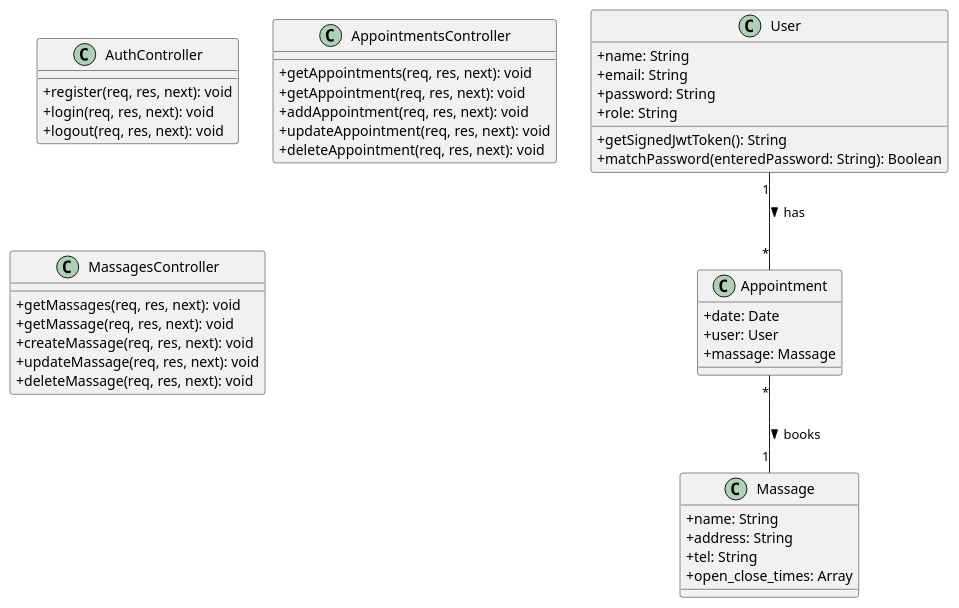
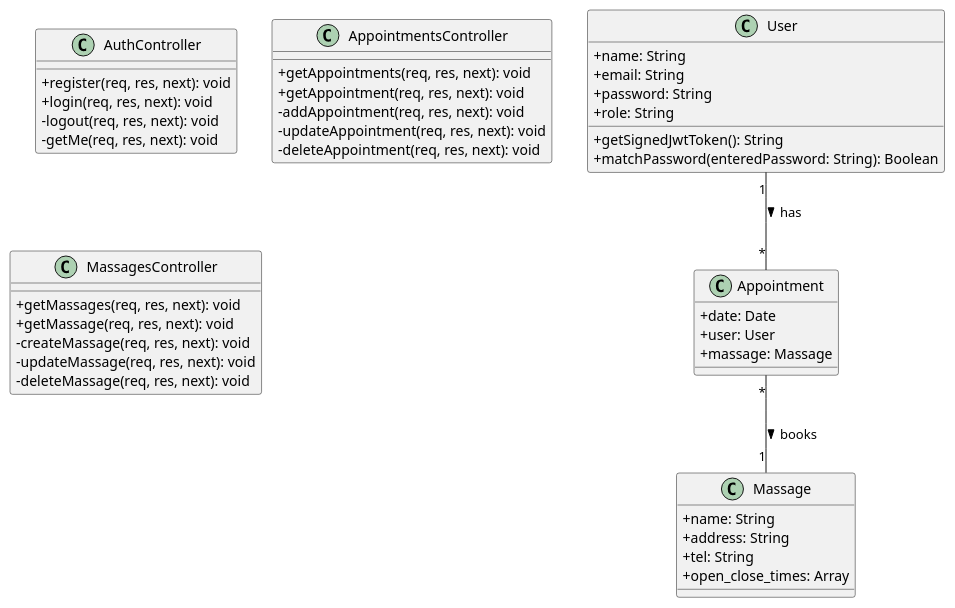
The diagram in classdiagram.puml (2110503TACEDT66/presentation-day-1-samsaomidnight), drawn with PlantUML before and after one commit.

Commit message:
fix classdiagram

```diff
--- a/classdiagram.puml
+++ b/classdiagram.puml
@@ -1,53 +1,54 @@
 @startuml Class Diagram
 
 skinparam packageStyle rectangle
 skinparam classAttributeIconSize 0
 
 class User {
   +name: String
   +email: String
   +password: String
   +role: String
   +getSignedJwtToken(): String
   +matchPassword(enteredPassword: String): Boolean
 }
 
 class Appointment {
   +date: Date
   +user: User
   +massage: Massage
 }
 
 class Massage {
   +name: String
   +address: String
   +tel: String
   +open_close_times: Array
 }
 
 User "1" -- "*" Appointment : has >
 Appointment "*" -- "1" Massage : books >
 
 class AuthController {
   +register(req, res, next): void
   +login(req, res, next): void
-  +logout(req, res, next): void
+  -logout(req, res, next): void
+  -getMe(req, res, next): void
 }
 
 class AppointmentsController {
   +getAppointments(req, res, next): void
   +getAppointment(req, res, next): void
-  +addAppointment(req, res, next): void
-  +updateAppointment(req, res, next): void
-  +deleteAppointment(req, res, next): void
+  -addAppointment(req, res, next): void
+  -updateAppointment(req, res, next): void
+  -deleteAppointment(req, res, next): void
 }
 
 class MassagesController {
   +getMassages(req, res, next): void
   +getMassage(req, res, next): void
-  +createMassage(req, res, next): void
-  +updateMassage(req, res, next): void
-  +deleteMassage(req, res, next): void
+  -createMassage(req, res, next): void
+  -updateMassage(req, res, next): void
+  -deleteMassage(req, res, next): void
 }
 
 @enduml
```
